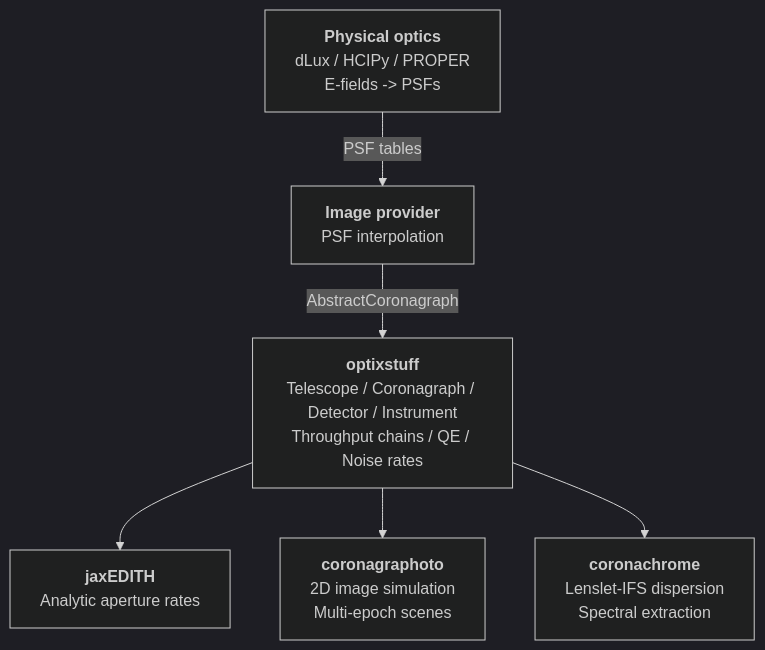
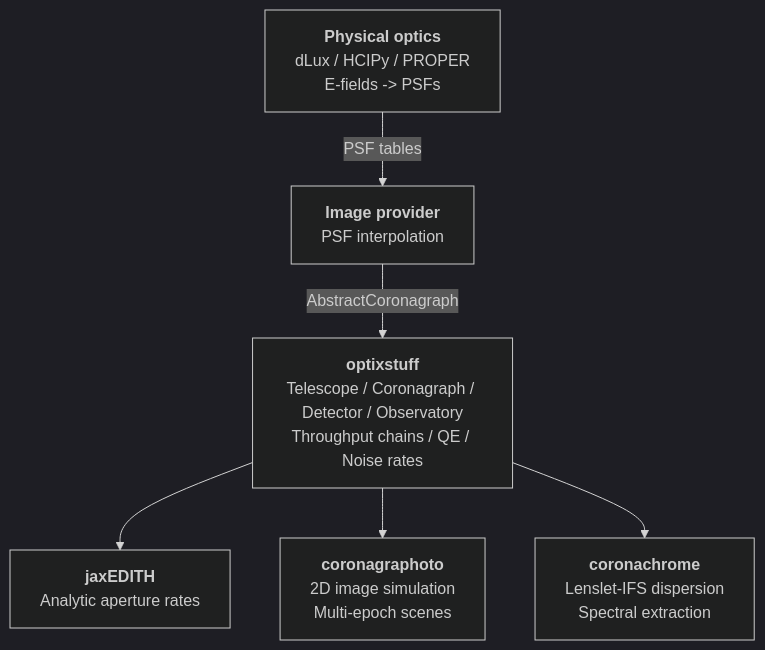
Before and after one commit to CoreySpohn/optixstuff: the diagram in README.md, drawn with Mermaid (dark theme). The commit also changed other lines of this file and 20 other files, not shown here.

First line of the commit message:
feat(optixstuff)!: one Observatory with a shared Telescope and named instrument configurations

````diff
--- a/README.md
+++ b/README.md
@@ -196,15 +199,15 @@
 ```mermaid
 flowchart TB
     physopt["<b>Physical optics</b><br/>dLux / HCIPy / PROPER<br/>E-fields -> PSFs"]
     provider["<b>Image provider</b><br/>PSF interpolation"]
-    optix["<b>optixstuff</b><br/>Telescope / Coronagraph / Detector / Instrument<br/>Throughput chains / QE / Noise rates"]
+    optix["<b>optixstuff</b><br/>Telescope / Coronagraph / Detector / Observatory<br/>Throughput chains / QE / Noise rates"]
     jaxedith["<b>jaxEDITH</b><br/>Analytic aperture rates"]
     corono["<b>coronagraphoto</b><br/>2D image simulation<br/>Multi-epoch scenes"]
     coronachrome["<b>coronachrome</b><br/>Lenslet-IFS dispersion<br/>Spectral extraction"]
 
     physopt -- PSF tables --> provider
     provider -- AbstractCoronagraph --> optix
     optix --> jaxedith
     optix --> corono
     optix --> coronachrome
 ```
````
